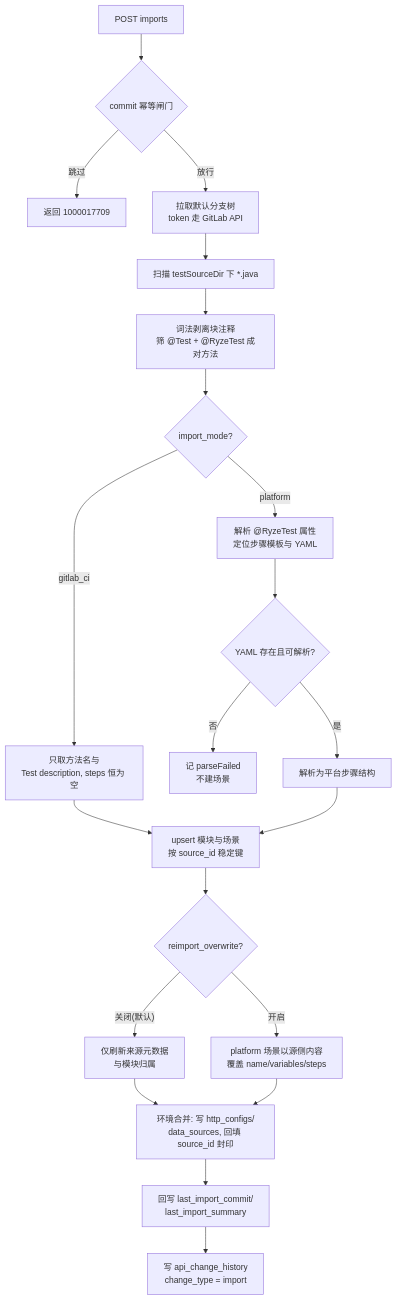
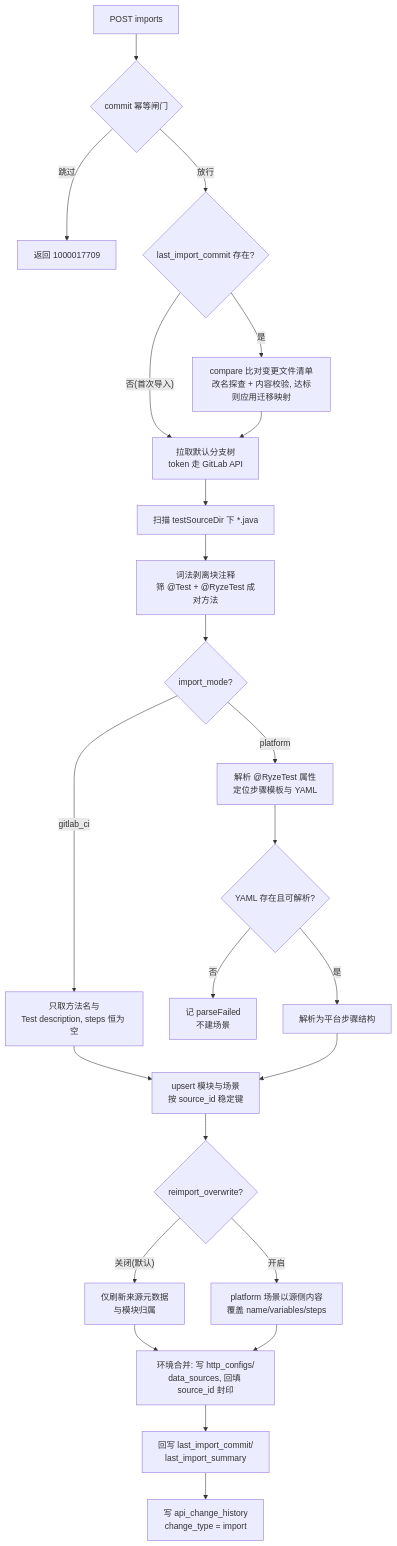
One commit to XiaoMiSum/robotest changed the second of 4 diagrams in docs/04-detailed-design/05-api-testing/32-gitlab-integration-overview.md. Above: the diagram before and after it, drawn with Mermaid. The commit also changed other lines of this file and 2 other files, not shown here.

Commit message:
📝 docs(api): 改名迁移入口改为导入与同步共用并补重合度阈值

````diff
--- a/docs/04-detailed-design/05-api-testing/32-gitlab-integration-overview.md
+++ b/docs/04-detailed-design/05-api-testing/32-gitlab-integration-overview.md
@@ -296,23 +296,26 @@
 ```mermaid
 flowchart TD
     A[POST imports] --> B{commit 幂等闸门}
     B -- 跳过 --> Z[返回 1000017709]
-    B -- 放行 --> C[拉取默认分支树<br/>token 走 GitLab API]
+    B -- 放行 --> B2{last_import_commit 存在?}
+    B2 -- 否(首次导入) --> C[拉取默认分支树<br/>token 走 GitLab API]
+    B2 -- 是 --> B3[compare 比对变更文件清单<br/>改名探查 + 内容校验, 达标则应用迁移映射]
+    B3 --> C
     C --> D[扫描 testSourceDir 下 *.java]
     D --> E[词法剥离块注释<br/>筛 @Test + @RyzeTest 成对方法]
     E --> F{import_mode?}
     F -- gitlab_ci --> G[只取方法名与<br/>Test description, steps 恒为 空]
     F -- platform --> H[解析 @RyzeTest 属性<br/>定位步骤模板与 YAML]
     H --> I{YAML 存在且可解析?}
     I -- 否 --> J[记 parseFailed<br/>不建场景]
     I -- 是 --> K[解析为平台步骤结构]
     G --> L[upsert 模块与场景<br/>按 source_id 稳定键]
     K --> L
     L --> L1{reimport_overwrite?}
     L1 -- 关闭(默认) --> L2[仅刷新来源元数据<br/>与模块归属]
     L1 -- 开启 --> L3[platform 场景以源侧内容<br/>覆盖 name/variables/steps]
     L2 --> M[环境合并: 写 http_configs/<br/>data_sources, 回填 source_id 封印]
     L3 --> M
     M --> N[回写 last_import_commit/<br/>last_import_summary]
     N --> O[写 api_change_history<br/>change_type = import]
 ```
````
